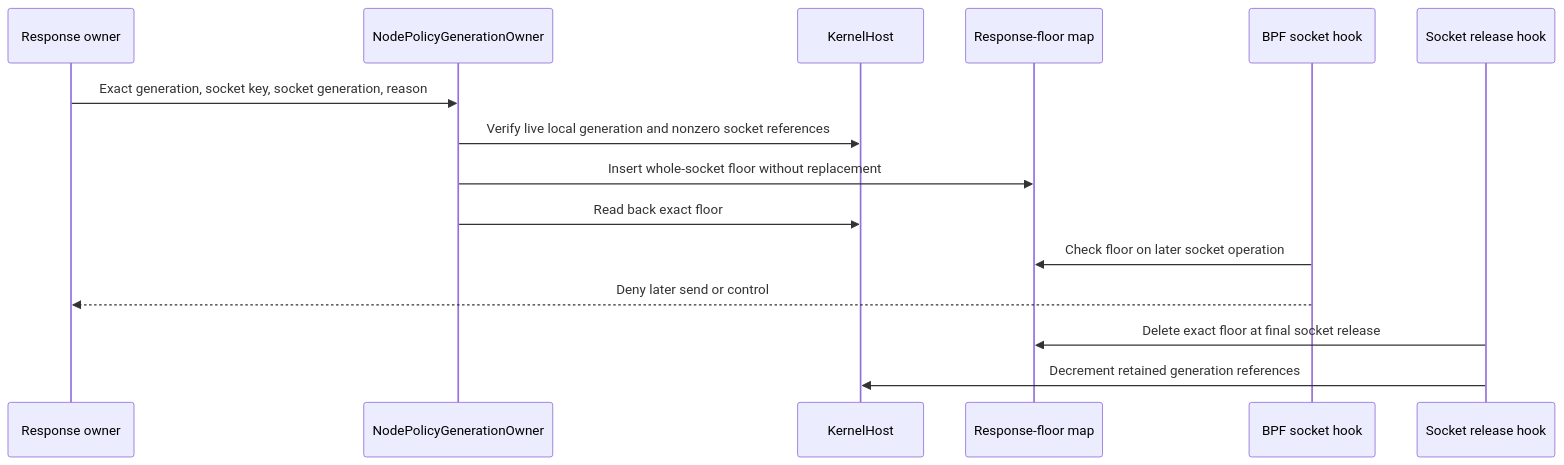
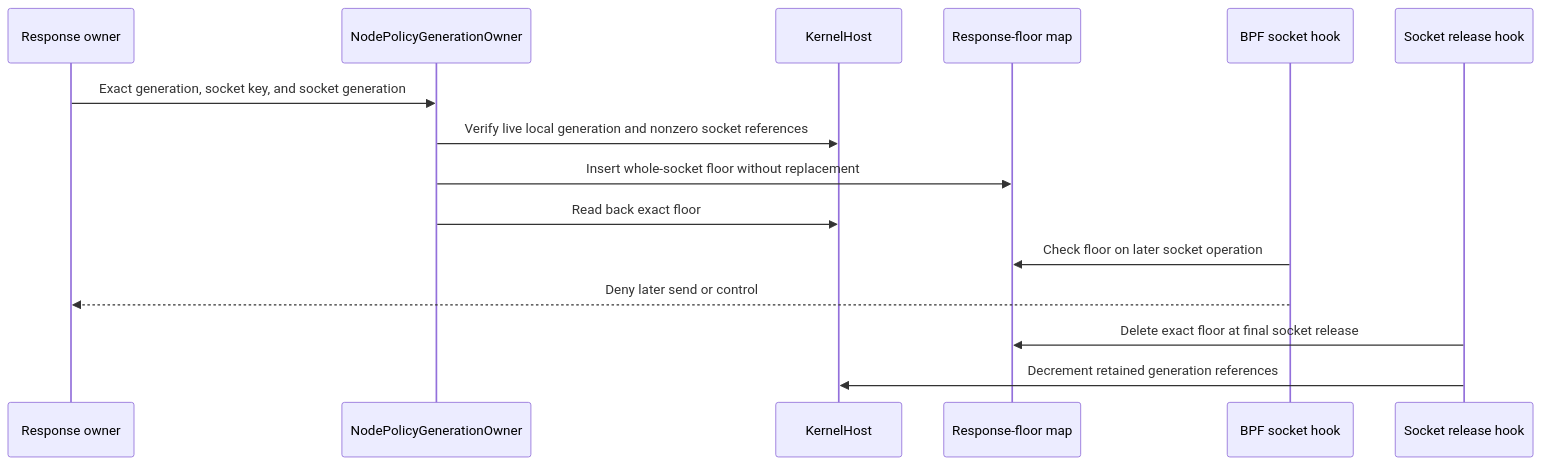
One commit to Ereborlabs/erebor-runtime changed the third of 5 diagrams in docs/plans/mithril-hugging-face-intrusion-prevention/phase-5-implementation-review.md. Above: the diagram before and after it, drawn with Mermaid. The commit also changed other lines of this file and 30 other files, not shown here.

````diff
--- a/docs/plans/mithril-hugging-face-intrusion-prevention/phase-5-implementation-review.md
+++ b/docs/plans/mithril-hugging-face-intrusion-prevention/phase-5-implementation-review.md
@@ -237,18 +241,18 @@
 ```mermaid
 sequenceDiagram
     participant R as Response owner
     participant N as NodePolicyGenerationOwner
     participant H as KernelHost
     participant F as Response-floor map
     participant L as BPF socket hook
     participant X as Socket release hook
 
-    R->>N: Exact generation, socket key, socket generation, reason
+    R->>N: Exact generation, socket key, and socket generation
     N->>H: Verify live local generation and nonzero socket references
     N->>F: Insert whole-socket floor without replacement
     N->>H: Read back exact floor
     L->>F: Check floor on later socket operation
     L-->>R: Deny later send or control
     X->>F: Delete exact floor at final socket release
     X->>H: Decrement retained generation references
 ```
````
